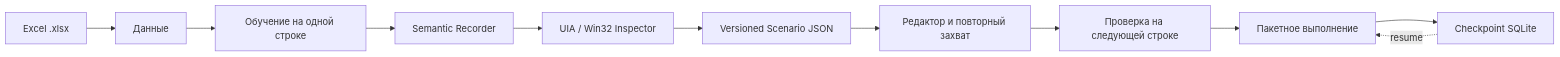
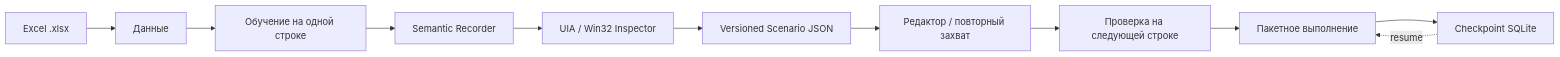
The second of 3 diagrams in README.md (f2re/win-automator), drawn with Mermaid before and after one commit. The commit also changed other lines of this file and 9 other files, not shown here.

````diff
--- a/README.md
+++ b/README.md
@@ -26,13 +72,13 @@
 ```mermaid
 flowchart LR
     X["Excel .xlsx"] --> D["Данные"]
     D --> T["Обучение на одной строке"]
     T --> R["Semantic Recorder"]
     R --> I["UIA / Win32 Inspector"]
     I --> S["Versioned Scenario JSON"]
-    S --> E["Редактор и повторный захват"]
+    S --> E["Редактор / повторный захват"]
     E --> V["Проверка на следующей строке"]
     V --> B["Пакетное выполнение"]
     B --> C["Checkpoint SQLite"]
     C -. resume .-> B
 ```
````
